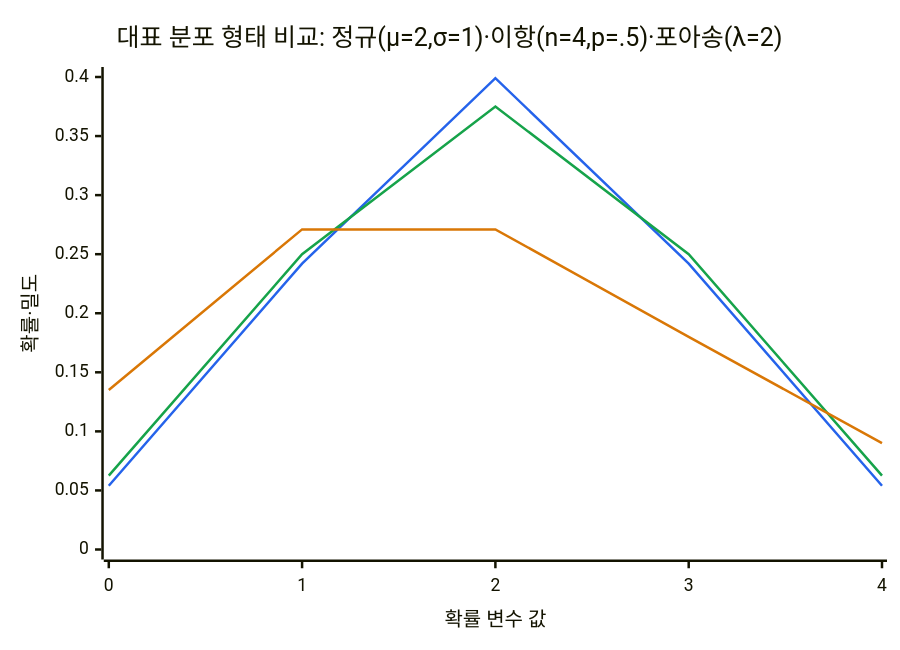
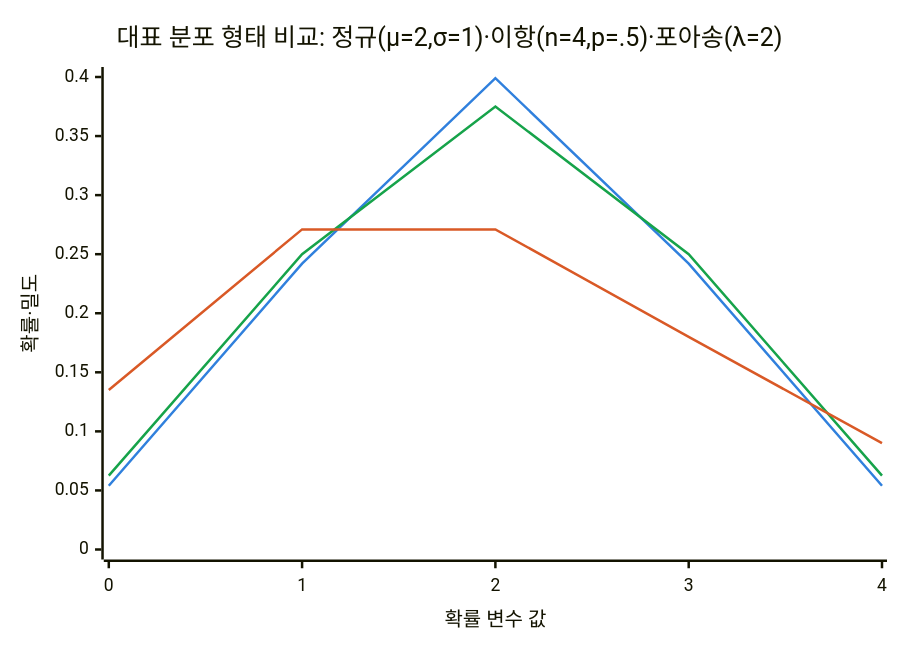
One commit to agnusdei1207/knowledge-base changed the first of 3 diagrams in src/content/docs/notes/01-basic-theory/032_probability_distribution.md. Above: the diagram before and after it, drawn with Mermaid. The commit also changed other lines of this file and 20 other files, not shown here.

````diff
--- a/src/content/docs/notes/01-basic-theory/032_probability_distribution.md
+++ b/src/content/docs/notes/01-basic-theory/032_probability_distribution.md
@@ -56,15 +56,10 @@
 ```mermaid
----
-config:
-  themeVariables:
-    xyChart:
-      plotColorPalette: "#2563EB, #16A34A, #D97706"
----
+%%{init: {"themeVariables": {"xyChart": {"plotColorPalette": "#3080dd, #16a34a, #d95926"}}} }%%
 xychart-beta
     title "대표 분포 형태 비교: 정규(μ=2,σ=1)·이항(n=4,p=.5)·포아송(λ=2)"
     x-axis "확률 변수 값" [0, 1, 2, 3, 4]
     y-axis "확률·밀도" 0 --> 0.4
     line [0.054, 0.242, 0.399, 0.242, 0.054]
     line [0.0625, 0.25, 0.375, 0.25, 0.0625]
     line [0.135, 0.271, 0.271, 0.18, 0.09]
 ```
````
